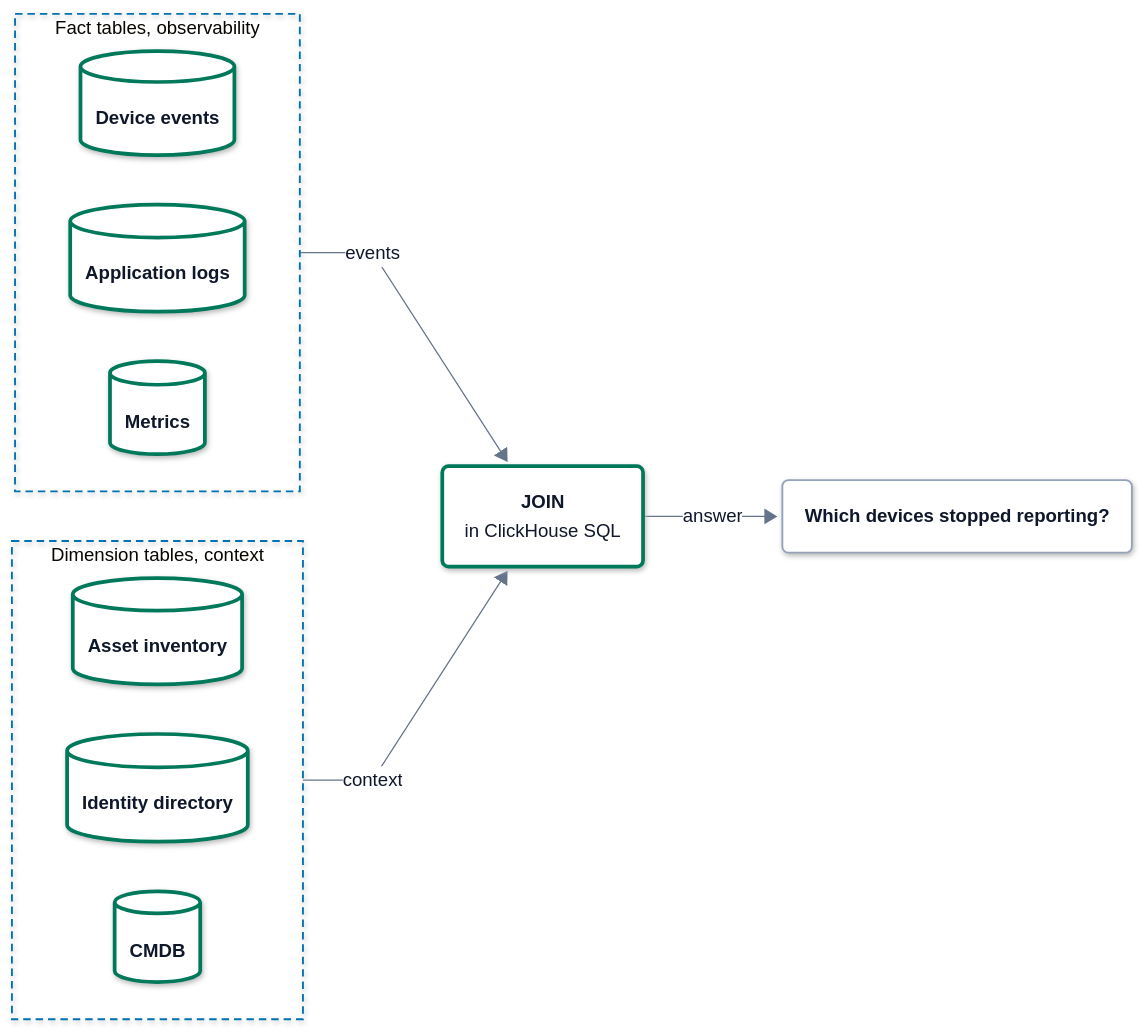
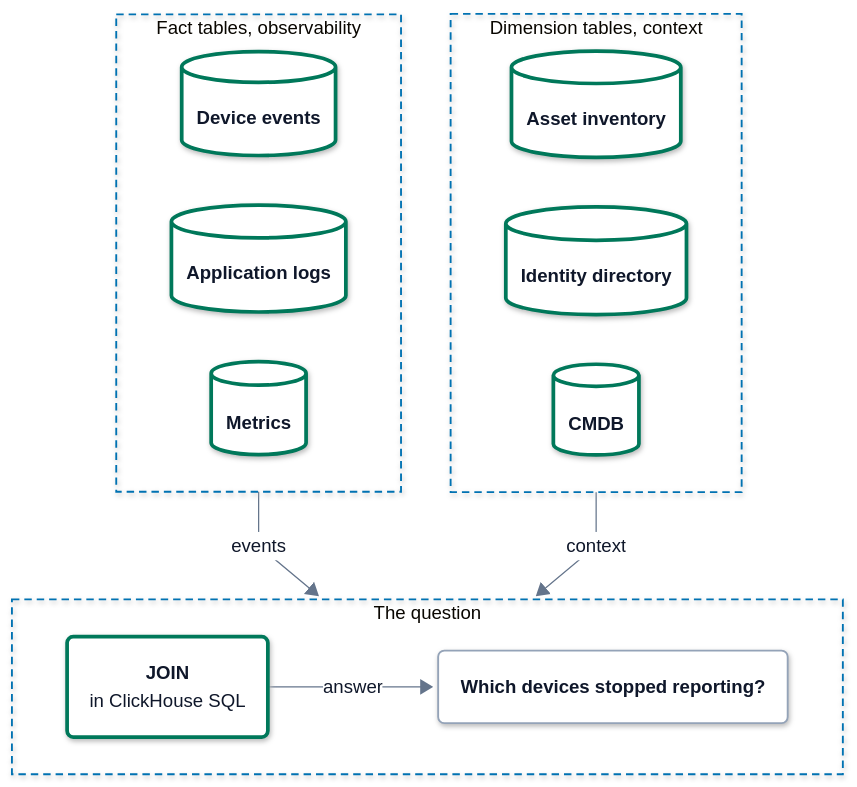
Before and after one commit to hyperi-io/dfe-infra: the diagram in docs/use-cases.md, drawn with Mermaid. The commit also changed 17 other files, not shown here.

First line of the commit message:
docs(architecture): map suite in architecture.md and fit charts to 860 px (#1152)

````diff
--- a/docs/use-cases.md
+++ b/docs/use-cases.md
@@ -48,31 +48,29 @@
     .ui .label-icon{color:#D9480F}
     .ext .label-icon{color:#64748B}
 ---
-flowchart LR
+flowchart TB
     accTitle: L4 Detail -- Fact and dimension join
     accDescr: Large time-series fact tables, such as device events, application logs and metrics, and small point-in-time dimension tables, such as an asset inventory, an identity directory and a CMDB, meet in one JOIN in ClickHouse SQL that answers the question.
-
     subgraph facts["Fact tables, observability"]
         direction LR
         events[("<b>Device events</b>")]
         applogs[("<b>Application logs</b>")]
         metrics[("<b>Metrics</b>")]
     end
-
     subgraph dims["Dimension tables, context"]
         direction LR
         assets[("<b>Asset inventory</b>")]
         directory[("<b>Identity directory</b>")]
         cmdb[("<b>CMDB</b>")]
     end
-
-    join("<b>JOIN</b><br/><span>in ClickHouse SQL</span>")
-    answer("<b>Which devices stopped reporting?</b>")
-
-    facts -->|events| join
-    dims -->|context| join
-    join -->|answer| answer
-
+    subgraph query["The question"]
+        direction LR
+        join("<b>JOIN</b><br/><span>in ClickHouse SQL</span>")
+        answer("<b>Which devices stopped reporting?</b>")
+        join -->|answer| answer
+    end
+    facts -->|events| query
+    dims -->|context| query
     class events,applogs,metrics,assets,directory,cmdb,join store
     class answer part
   classDef ext fill:#F4F6F8,stroke:#94A3B8,stroke-width:1.5px,stroke-dasharray:5 4,color:#0F172A
@@ -88,4 +86,5 @@
   classDef part fill:#FFFFFF,stroke:#94A3B8,stroke-width:1.5px,color:#0F172A
   style facts fill:none,stroke:#0072B2,stroke-width:1.5px,stroke-dasharray:6 4
   style dims fill:none,stroke:#0072B2,stroke-width:1.5px,stroke-dasharray:6 4
+  style query fill:none,stroke:#0072B2,stroke-width:1.5px,stroke-dasharray:6 4
 ```
````
